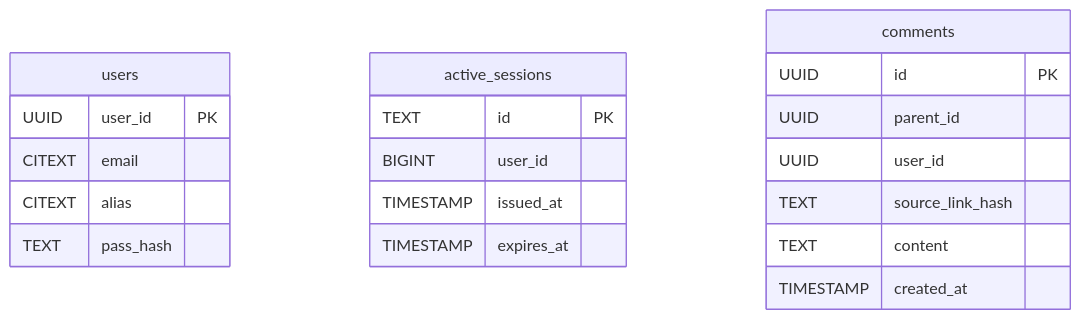
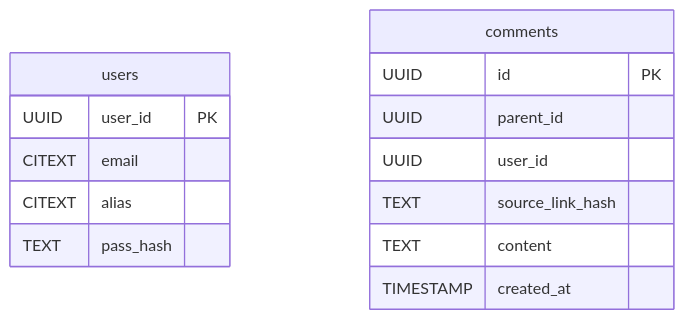
Before and after one commit to LKBotond/VoxPopuli: the first of 5 diagrams in Architecture.md, drawn with Mermaid. The commit also changed other lines of this file and 89 other files, not shown here.

````diff
--- a/Architecture.md
+++ b/Architecture.md
@@ -5,24 +5,18 @@
 ```mermaid
 erDiagram
     users {
         UUID user_id PK
         CITEXT email
         CITEXT alias
         TEXT pass_hash
-    }
-     active_sessions{
-        TEXT id PK
-        BIGINT user_id
-        TIMESTAMP issued_at
-        TIMESTAMP expires_at
     }
     comments {
         UUID id PK
         UUID parent_id
         UUID user_id
         TEXT source_link_hash
         TEXT content
         TIMESTAMP created_at
     }
 
 ```
````
